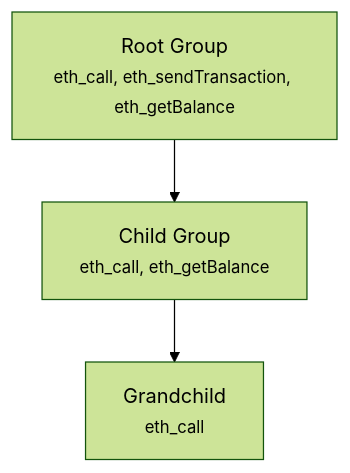
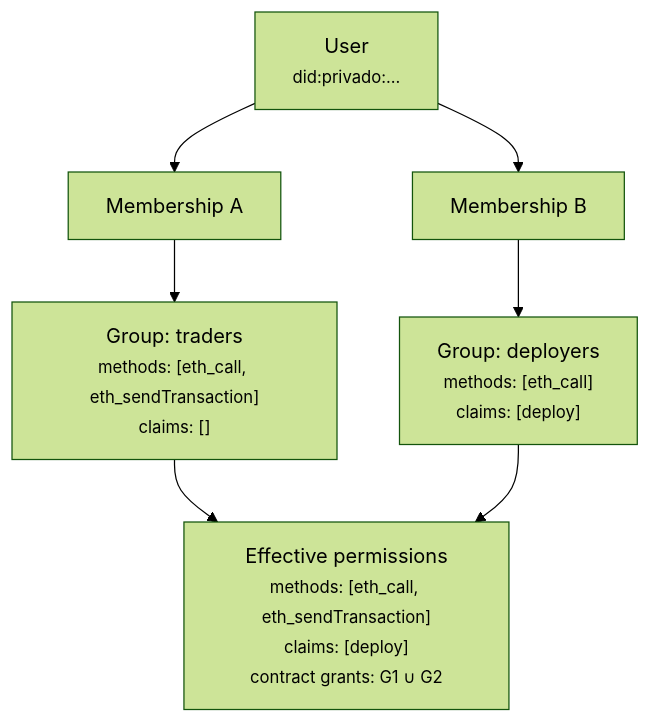
The third of 3 diagrams in site/src/app/docs/rbac/page.mdx (alainncls/open-privacy-suite), drawn with Mermaid (forest theme) before and after one commit. The commit also changed other lines of this file and 3 other files, not shown here.

````diff
--- a/site/src/app/docs/rbac/page.mdx
+++ b/site/src/app/docs/rbac/page.mdx
@@ -180,8 +178,16 @@
 ```mermaid
 graph TD
-    Root["Root Group<br/><small>eth_call, eth_sendTransaction, eth_getBalance</small>"]
-    Child["Child Group<br/><small>eth_call, eth_getBalance</small>"]
-    Grand["Grandchild<br/><small>eth_call</small>"]
+    User["User<br/><small>did:privado:...</small>"]
+    M1["Membership A"]
+    M2["Membership B"]
+    G1["Group: traders<br/><small>methods: [eth_call, eth_sendTransaction]<br/>claims: []</small>"]
+    G2["Group: deployers<br/><small>methods: [eth_call]<br/>claims: [deploy]</small>"]
+    Result["Effective permissions<br/><small>methods: [eth_call, eth_sendTransaction]<br/>claims: [deploy]<br/>contract grants: G1 ∪ G2</small>"]
 
-    Root --> Child --> Grand
+    User --> M1
+    User --> M2
+    M1 --> G1
+    M2 --> G2
+    G1 --> Result
+    G2 --> Result
 ```
````
